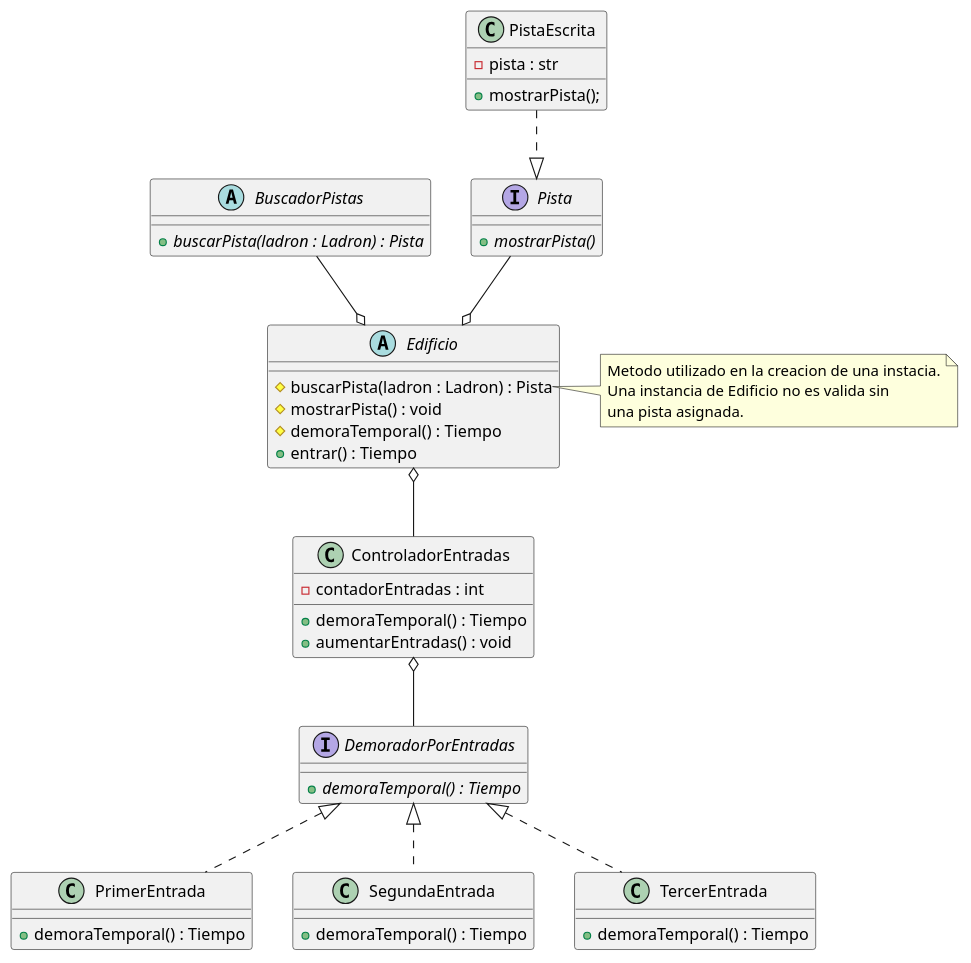
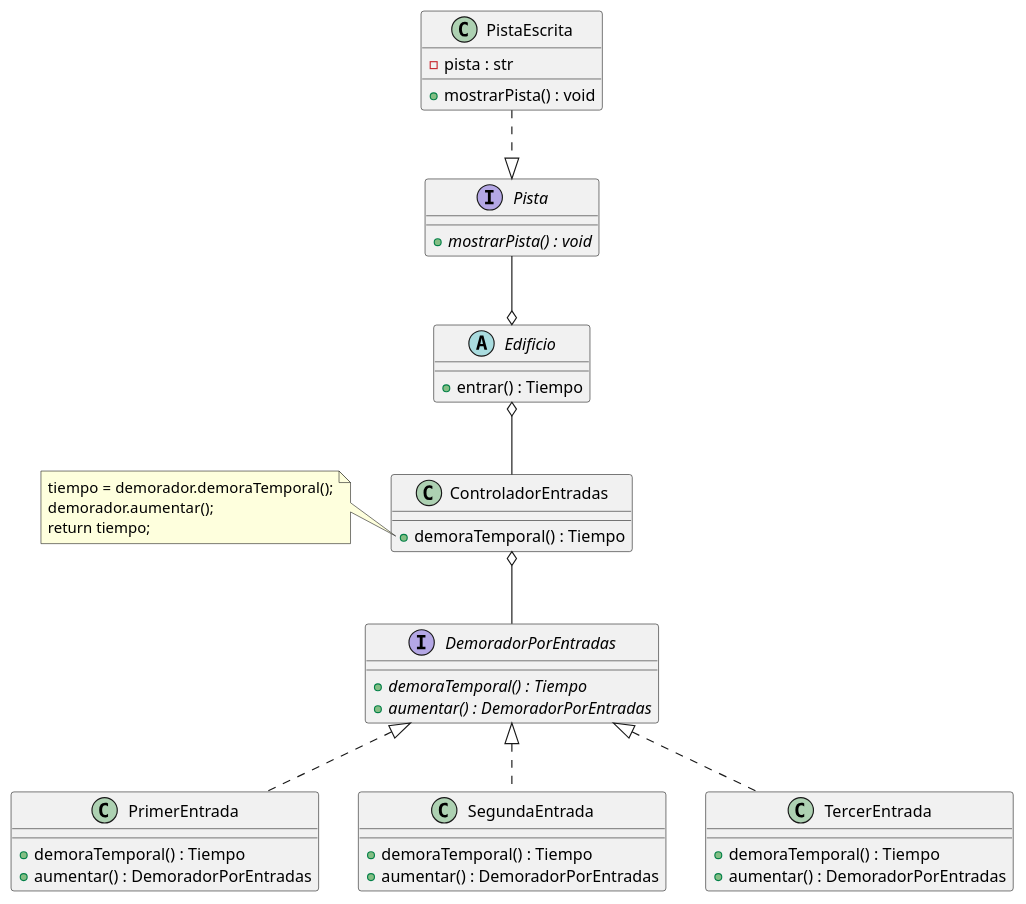
One commit to Nicolas-Bravo/algo3_tp2 changed the diagram in diagrams/classes/EdificioClases.plantuml. Above: the diagram before and after it, drawn with PlantUML. The commit also changed 18 other files, not shown here.

```diff
--- a/diagrams/classes/EdificioClases.plantuml
+++ b/diagrams/classes/EdificioClases.plantuml
@@ -1,64 +1,58 @@
 @startuml
 
-abstract BuscadorPistas{
-    + {abstract} buscarPista(ladron : Ladron) : Pista
-}
-
 interface Pista{
-    + {abstract} mostrarPista()
+    + {abstract} mostrarPista() : void
 }
 
 class PistaEscrita{
     - pista : str
-    + mostrarPista();
+    + mostrarPista() : void
 }
 
 
 abstract Edificio{
-    # buscarPista(ladron : Ladron) : Pista
-    # mostrarPista() : void
-    # demoraTemporal() : Tiempo
     + entrar() : Tiempo
 }
 
 class ControladorEntradas{
-    - contadorEntradas : int
     + demoraTemporal() : Tiempo
-    + aumentarEntradas() : void
 }
 
 interface DemoradorPorEntradas{
     + {abstract} demoraTemporal() : Tiempo
+    + {abstract} aumentar() : DemoradorPorEntradas
 }
 
 class PrimerEntrada{
     + demoraTemporal() : Tiempo
+    + aumentar() : DemoradorPorEntradas
 }
 
 class SegundaEntrada{
     + demoraTemporal() : Tiempo
+    + aumentar() : DemoradorPorEntradas
 }
 
 class TercerEntrada{
     + demoraTemporal() : Tiempo
+    + aumentar() : DemoradorPorEntradas
 }
 
-note right of Edificio::buscarPista
-    Metodo utilizado en la creacion de una instacia.
-    Una instancia de Edificio no es valida sin
-    una pista asignada.
+note left of ControladorEntradas::demoraTemporal
+    tiempo = demorador.demoraTemporal();
+    demorador.aumentar();
+    return tiempo;
 end note
 
 DemoradorPorEntradas <|.. PrimerEntrada
 DemoradorPorEntradas <|.. SegundaEntrada
 DemoradorPorEntradas <|.. TercerEntrada
 
 ControladorEntradas o-- DemoradorPorEntradas
 
 PistaEscrita ..|> Pista
 
 Pista --o Edificio
-BuscadorPistas --o Edificio
 Edificio o-- ControladorEntradas
 
 @enduml
```
